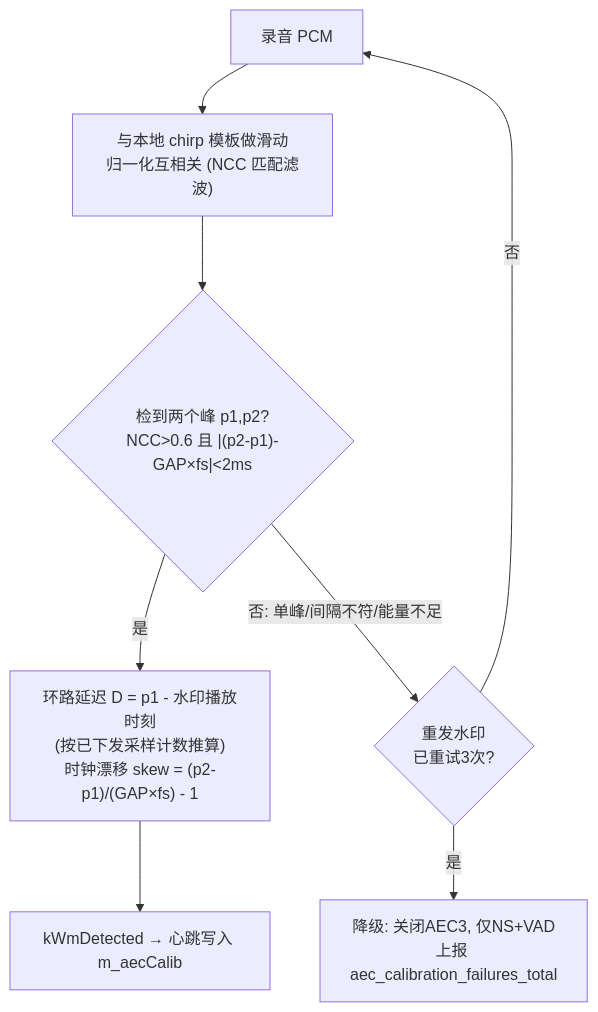
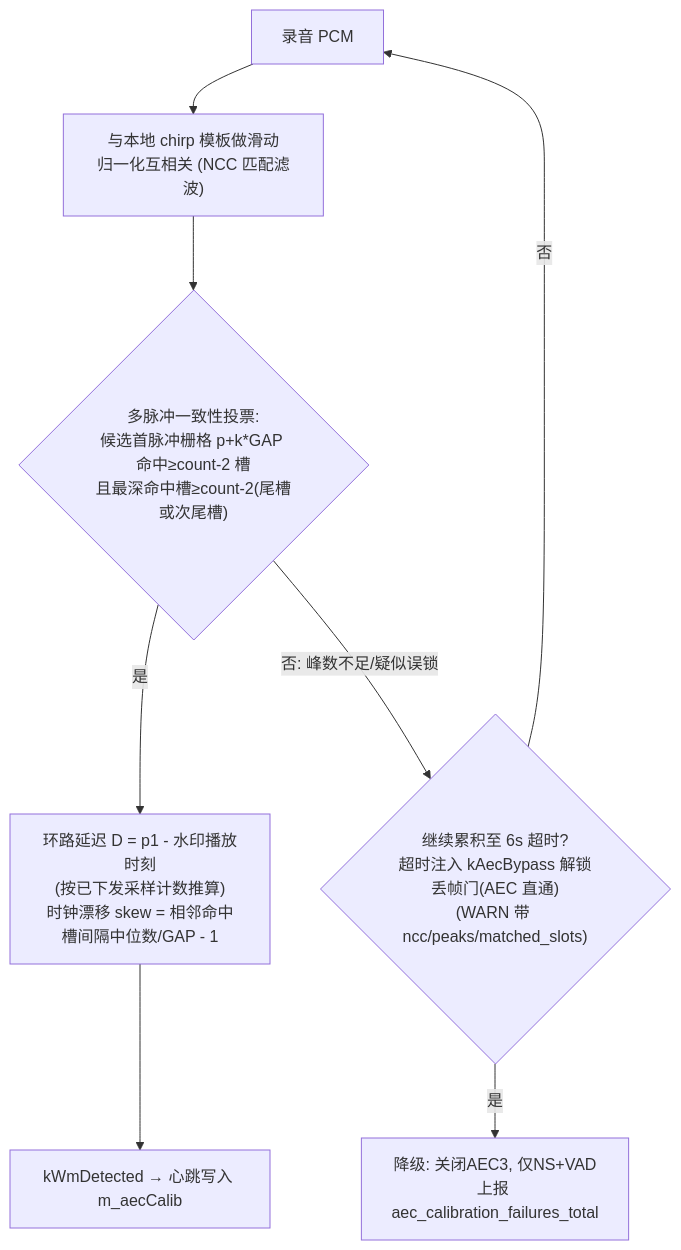
The fifth of 6 diagrams in docs/design.md (arrayforward/mediator), drawn with Mermaid before and after one commit. The commit also changed other lines of this file and 23 other files, not shown here.

````diff
--- a/docs/design.md
+++ b/docs/design.md
@@ -314,10 +315,10 @@
 ```mermaid
 flowchart TD
     pcm["录音 PCM"] --> ncc["与本地 chirp 模板做滑动<br/>归一化互相关 (NCC 匹配滤波)"]
-    ncc --> peaks{"检到两个峰 p1,p2?<br/>NCC>0.6 且 |(p2-p1)-GAP×fs|<2ms"}
-    peaks -->|"是"| calc["环路延迟 D = p1 - 水印播放时刻<br/>(按已下发采样计数推算)<br/>时钟漂移 skew = (p2-p1)/(GAP×fs) - 1"]
+    ncc --> peaks{"多脉冲一致性投票:<br/>候选首脉冲栅格 p+k*GAP 命中≥count-2 槽<br/>且最深命中槽≥count-2(尾槽或次尾槽)"}
+    peaks -->|"是"| calc["环路延迟 D = p1 - 水印播放时刻<br/>(按已下发采样计数推算)<br/>时钟漂移 skew = 相邻命中槽间隔中位数/GAP - 1"]
     calc --> msg["kWmDetected → 心跳写入 m_aecCalib"]
-    peaks -->|"否: 单峰/间隔不符/能量不足"| retry{"重发水印<br/>已重试3次?"}
+    peaks -->|"否: 峰数不足/疑似误锁"| retry{"继续累积至 6s 超时?<br/>超时注入 kAecBypass 解锁丢帧门(AEC 直通)<br/>(WARN 带 ncc/peaks/matched_slots)"}
     retry -->|"否"| pcm
     retry -->|"是"| degrade["降级: 关闭AEC3, 仅NS+VAD<br/>上报 aec_calibration_failures_total"]
 ```
````
